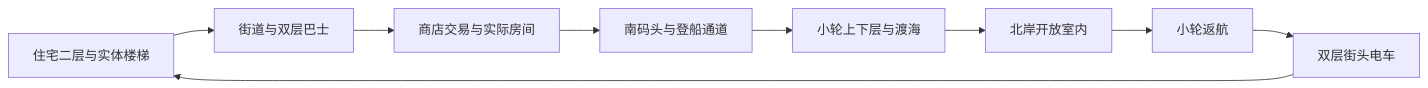
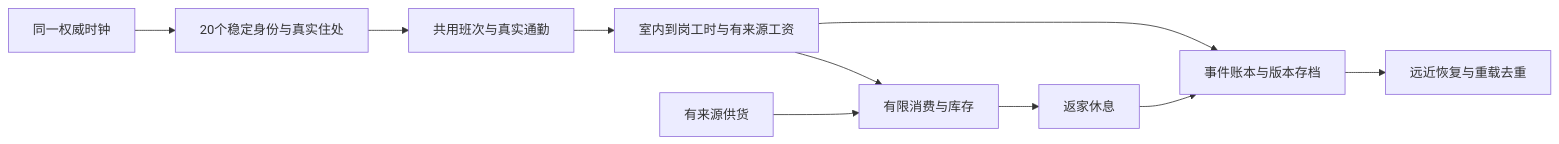
Before and after one commit to qifalab/neon-harbor: the diagram in docs/WORLD_SIMULATOR_PLAN.md, drawn with Mermaid. The commit also changed other lines of this file and 122 other files, not shown here.

````diff
--- a/docs/WORLD_SIMULATOR_PLAN.md
+++ b/docs/WORLD_SIMULATOR_PLAN.md
@@ -72,11 +89,12 @@
 ```mermaid
 flowchart LR
-  H["住宅二层与实体楼梯"] --> B["街道与双层巴士"]
-  B --> S["商店交易与实际房间"]
-  S --> P["南码头与登船通道"]
-  P --> F["小轮上下层与渡海"]
-  F --> N["北岸开放室内"]
-  N --> R["小轮返航"]
-  R --> T["双层街头电车"]
-  T --> H
+  C[同一权威时钟] --> H[20个稳定身份与真实住处]
+  H --> T[共用班次与真实通勤]
+  T --> W[室内到岗工时与有来源工资]
+  W --> S[有限消费与库存]
+  Q[有来源供货] --> S
+  S --> R[返家休息]
+  W --> L[事件账本与版本存档]
+  R --> L
+  L --> P[远近恢复与重载去重]
 ```
````
